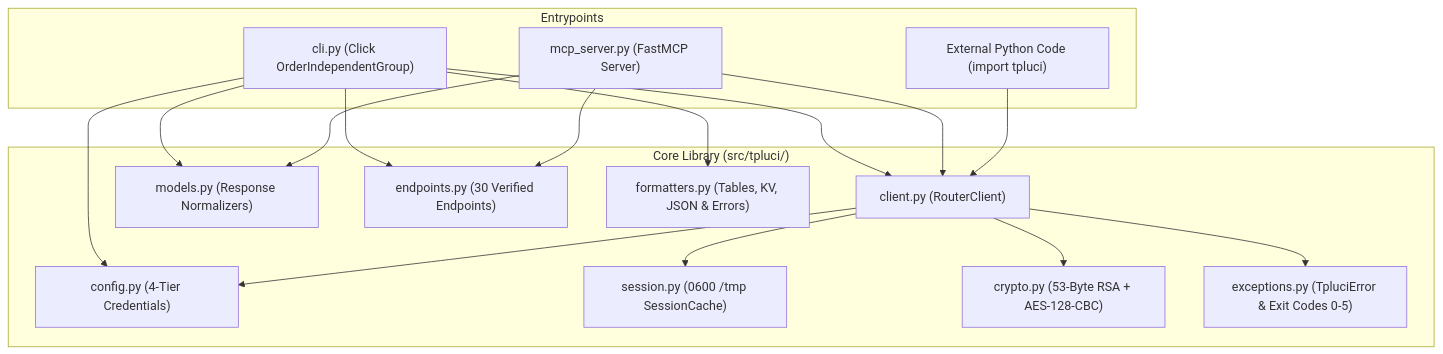
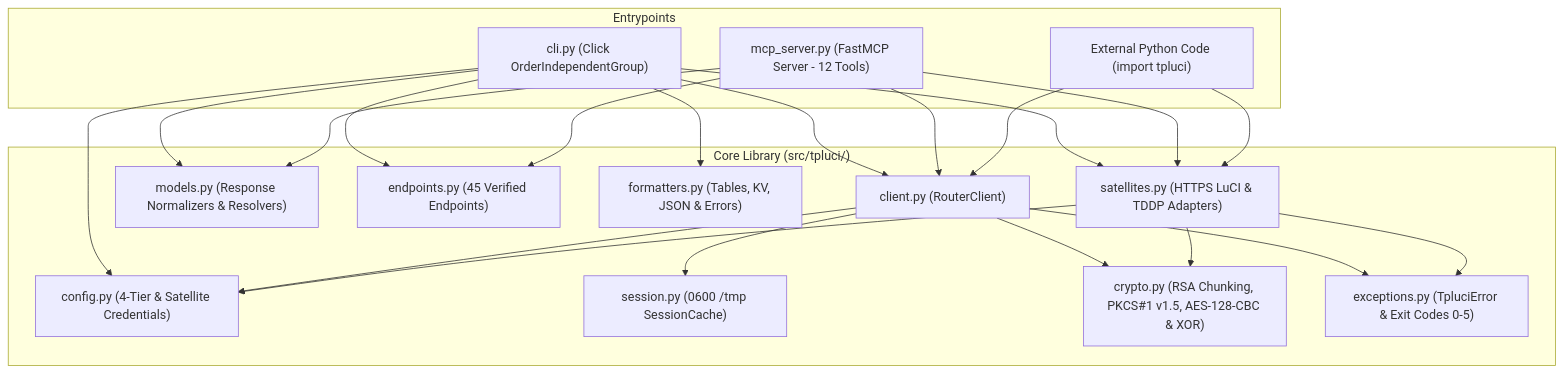
Before and after one commit to bcatelin/tpluci: the first of 2 diagrams in docs/DEVELOPER_GUIDE.md, drawn with Mermaid. The commit also changed other lines of this file and 20 other files, not shown here.

````diff
--- a/docs/DEVELOPER_GUIDE.md
+++ b/docs/DEVELOPER_GUIDE.md
@@ -11,35 +11,42 @@
 ```mermaid
 flowchart TD
     subgraph Entrypoints["Entrypoints"]
         CLI["cli.py (Click OrderIndependentGroup)"]
-        MCP["mcp_server.py (FastMCP Server)"]
+        MCP["mcp_server.py (FastMCP Server - 12 Tools)"]
         LIB["External Python Code (import tpluci)"]
     end
 
     subgraph Core["Core Library (src/tpluci/)"]
         CLIENT["client.py (RouterClient)"]
-        CONFIG["config.py (4-Tier Credentials)"]
+        CONFIG["config.py (4-Tier & Satellite Credentials)"]
         SESSION["session.py (0600 /tmp SessionCache)"]
-        CRYPTO["crypto.py (53-Byte RSA + AES-128-CBC)"]
-        MODELS["models.py (Response Normalizers)"]
-        ENDPOINTS["endpoints.py (30 Verified Endpoints)"]
+        CRYPTO["crypto.py (RSA Chunking, PKCS#1 v1.5, AES-128-CBC & XOR)"]
+        MODELS["models.py (Response Normalizers & Resolvers)"]
+        ENDPOINTS["endpoints.py (45 Verified Endpoints)"]
         FMT["formatters.py (Tables, KV, JSON & Errors)"]
         EXC["exceptions.py (TpluciError & Exit Codes 0-5)"]
+        SATELLITES["satellites.py (HTTPS LuCI & TDDP Adapters)"]
     end
 
     CLI --> FMT
     CLI --> MODELS
     CLI --> ENDPOINTS
     CLI --> CONFIG
     CLI --> CLIENT
+    CLI --> SATELLITES
 
     MCP --> MODELS
     MCP --> ENDPOINTS
     MCP --> CLIENT
+    MCP --> SATELLITES
 
     LIB --> CLIENT
+    LIB --> SATELLITES
     CLIENT --> CONFIG
     CLIENT --> SESSION
     CLIENT --> CRYPTO
     CLIENT --> EXC
+    SATELLITES --> CRYPTO
+    SATELLITES --> CONFIG
+    SATELLITES --> EXC
 ```
````
